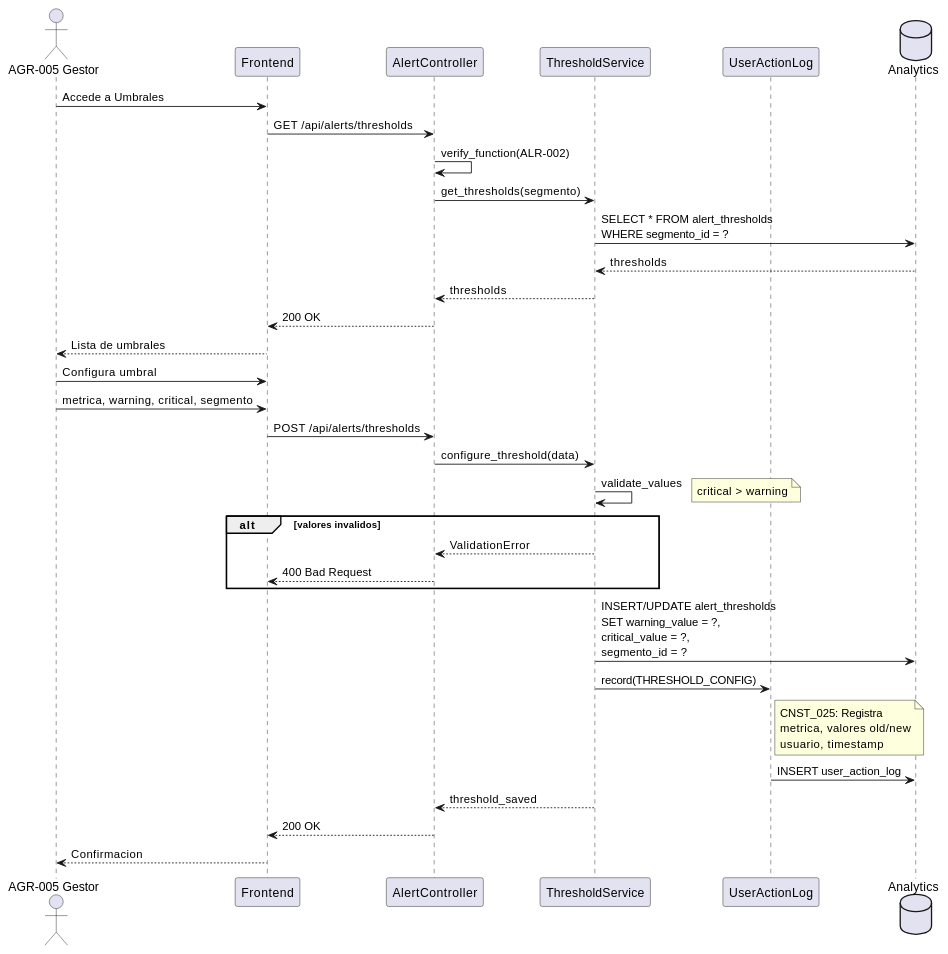
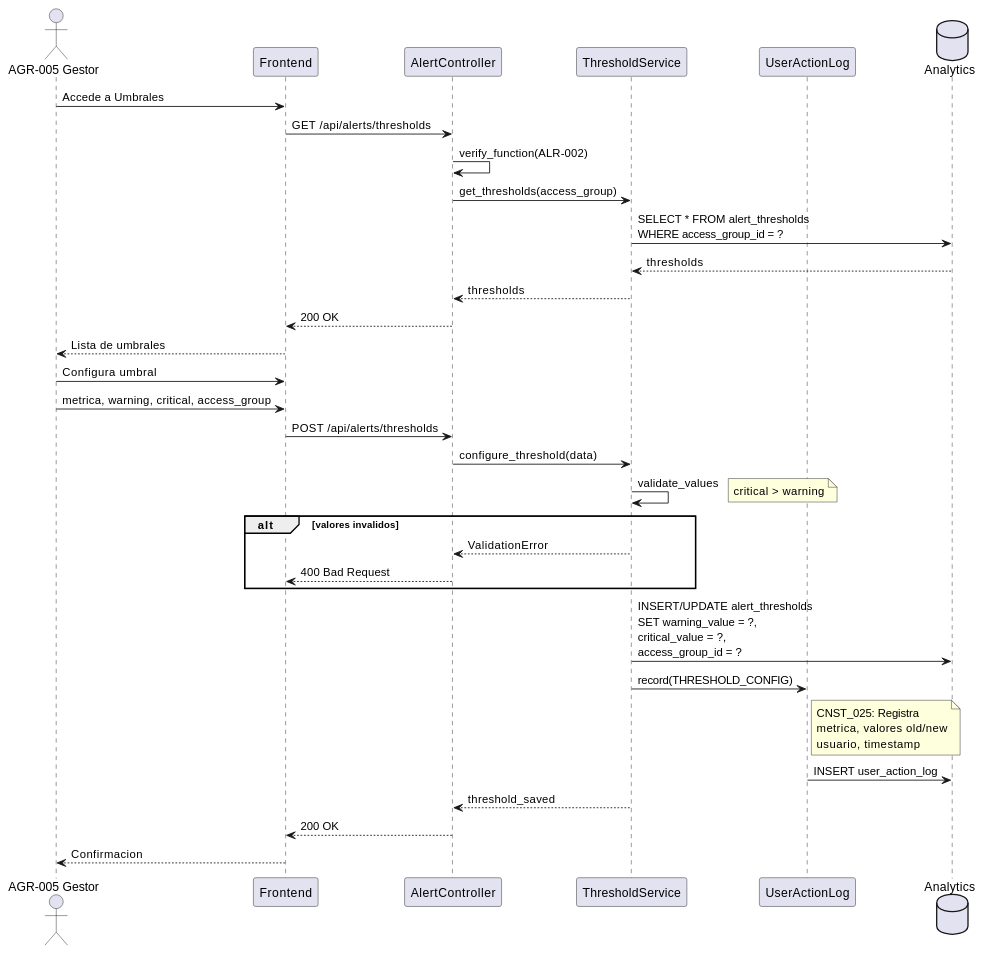
Before and after one commit to jcg-admin/IACT-docs: the second of 3 diagrams in source/requisitos/casos-uso/alerts/uc-alr-01-configurar-umbrales.rst, drawn with PlantUML. The commit also changed other lines of this file and 4 other files, not shown here.

```diff
--- a/source/requisitos/casos-uso/alerts/uc-alr-01-configurar-umbrales.rst
+++ b/source/requisitos/casos-uso/alerts/uc-alr-01-configurar-umbrales.rst
@@ -185,48 +185,48 @@
 .. uml::
  :caption: Diagrama de Secuencia - UC_ALR_01
 
  @startuml
  actor "AGR-005 Gestor" as G
  participant "Frontend" as FE
  participant "AlertController" as AC
  participant "ThresholdService" as TS
  participant "UserActionLog" as UAL
  database "Analytics" as DB
 
  G -> FE: Accede a Umbrales
  FE -> AC: GET /api/alerts/thresholds
  AC -> AC: verify_function(ALR-002)
- AC -> TS: get_thresholds(segmento)
- TS -> DB: SELECT * FROM alert_thresholds\nWHERE segmento_id = ?
+ AC -> TS: get_thresholds(access_group)
+ TS -> DB: SELECT * FROM alert_thresholds\nWHERE access_group_id = ?
  DB --> TS: thresholds
  TS --> AC: thresholds
  AC --> FE: 200 OK
  FE --> G: Lista de umbrales
 
  G -> FE: Configura umbral
- G -> FE: metrica, warning, critical, segmento
+ G -> FE: metrica, warning, critical, access_group
  FE -> AC: POST /api/alerts/thresholds
  AC -> TS: configure_threshold(data)
 
  TS -> TS: validate_values
  note right: critical > warning
 
  alt valores invalidos
  TS --> AC: ValidationError
  AC --> FE: 400 Bad Request
  end
 
- TS -> DB: INSERT/UPDATE alert_thresholds\nSET warning_value = ?,\ncritical_value = ?,\nsegmento_id = ?
+ TS -> DB: INSERT/UPDATE alert_thresholds\nSET warning_value = ?,\ncritical_value = ?,\naccess_group_id = ?
 
  TS -> UAL: record(THRESHOLD_CONFIG)
  note right of UAL
  CNST_025: Registra
  metrica, valores old/new
  usuario, timestamp
  end note
  UAL -> DB: INSERT user_action_log
 
  TS --> AC: threshold_saved
  AC --> FE: 200 OK
  FE --> G: Confirmacion
  @enduml
```
